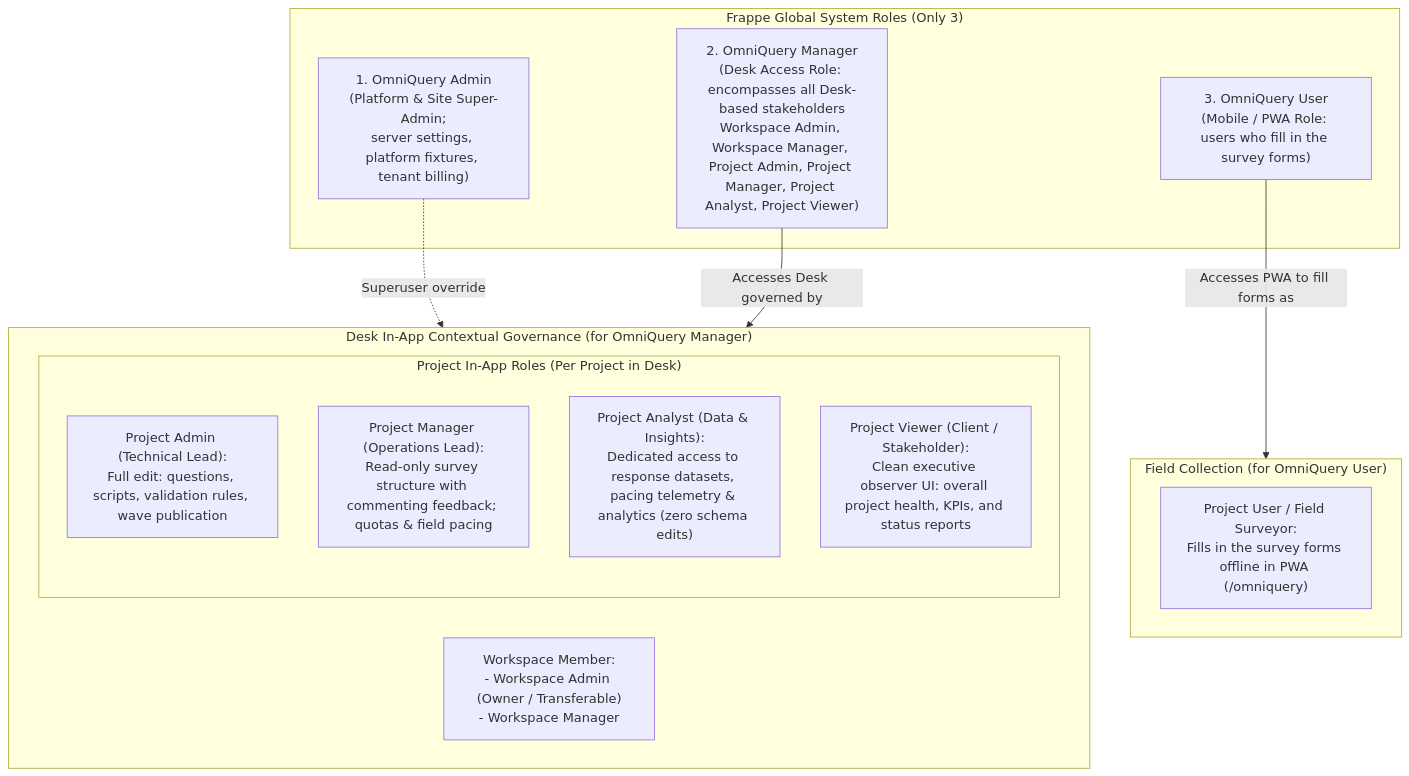
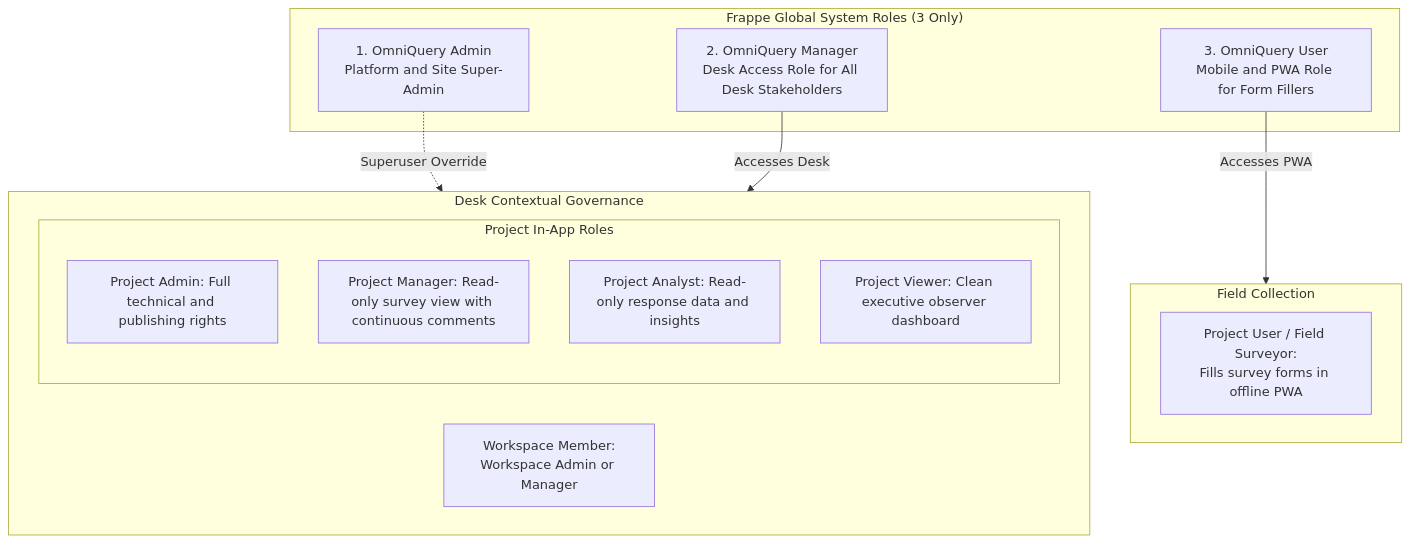
Before and after one commit to OmmNoMi/omniquery: the third of 5 diagrams in ARCHITECTURE.md, drawn with Mermaid. The commit also changed other lines of this file and 1 other file, not shown here.

Commit message:
docs: fix Mermaid syntax for GitHub renderer compatibility in README and ARCHITECTURE

````diff
--- a/ARCHITECTURE.md
+++ b/ARCHITECTURE.md
@@ -112,27 +114,27 @@
 ```mermaid
 flowchart TD
-    subgraph GlobalRoles ["Frappe Global System Roles (Only 3)"]
-        GA["1. OmniQuery Admin\n(Platform & Site Super-Admin;\nserver settings, platform fixtures, tenant billing)"]
-        GM["2. OmniQuery Manager\n(Desk Access Role: encompasses all Desk-based stakeholders\nWorkspace Admin, Workspace Manager, Project Admin, Project Manager, Project Analyst, Project Viewer)"]
-        GU["3. OmniQuery User\n(Mobile / PWA Role: users who fill in the survey forms)"]
+    subgraph GlobalRoles ["Frappe Global System Roles (3 Only)"]
+        GA["1. OmniQuery Admin<br/>Platform and Site Super-Admin"]
+        GM["2. OmniQuery Manager<br/>Desk Access Role for All Desk Stakeholders"]
+        GU["3. OmniQuery User<br/>Mobile and PWA Role for Form Fillers"]
     end
 
-    subgraph DeskMemberships ["Desk In-App Contextual Governance (for OmniQuery Manager)"]
-        WM["Workspace Member:\n- Workspace Admin (Owner / Transferable)\n- Workspace Manager"]
+    subgraph DeskMemberships ["Desk Contextual Governance"]
+        WM["Workspace Member:<br/>Workspace Admin or Manager"]
 
-        subgraph ProjectDeskRoles ["Project In-App Roles (Per Project in Desk)"]
-            PA["Project Admin (Technical Lead):\nFull edit: questions, scripts, validation rules, wave publication"]
-            PM["Project Manager (Operations Lead):\nRead-only survey structure with commenting feedback; quotas & field pacing"]
-            PY["Project Analyst (Data & Insights):\nDedicated access to response datasets, pacing telemetry & analytics (zero schema edits)"]
-            PV["Project Viewer (Client / Stakeholder):\nClean executive observer UI: overall project health, KPIs, and status reports"]
+        subgraph ProjectDeskRoles ["Project In-App Roles"]
+            PA["Project Admin: Full technical and publishing rights"]
+            PM["Project Manager: Read-only survey view with continuous comments"]
+            PY["Project Analyst: Read-only response data and insights"]
+            PV["Project Viewer: Clean executive observer dashboard"]
         end
     end
 
-    subgraph FieldRole ["Field Collection (for OmniQuery User)"]
-        PU["Project User / Field Surveyor:\nFills in the survey forms offline in PWA (/omniquery)"]
+    subgraph FieldRole ["Field Collection"]
+        PU["Project User / Field Surveyor:<br/>Fills survey forms in offline PWA"]
     end
 
-    GA -.->|Superuser override| DeskMemberships
-    GM -->|Accesses Desk governed by| DeskMemberships
-    GU -->|Accesses PWA to fill forms as| FieldRole
+    GA -.->|Superuser Override| DeskMemberships
+    GM -->|Accesses Desk| DeskMemberships
+    GU -->|Accesses PWA| FieldRole
 ```
````
